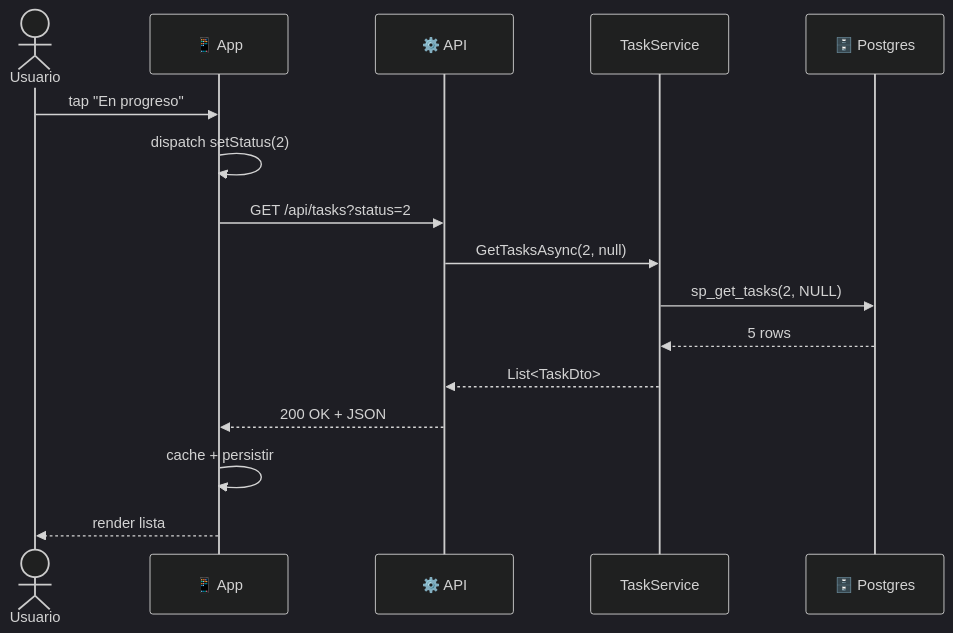
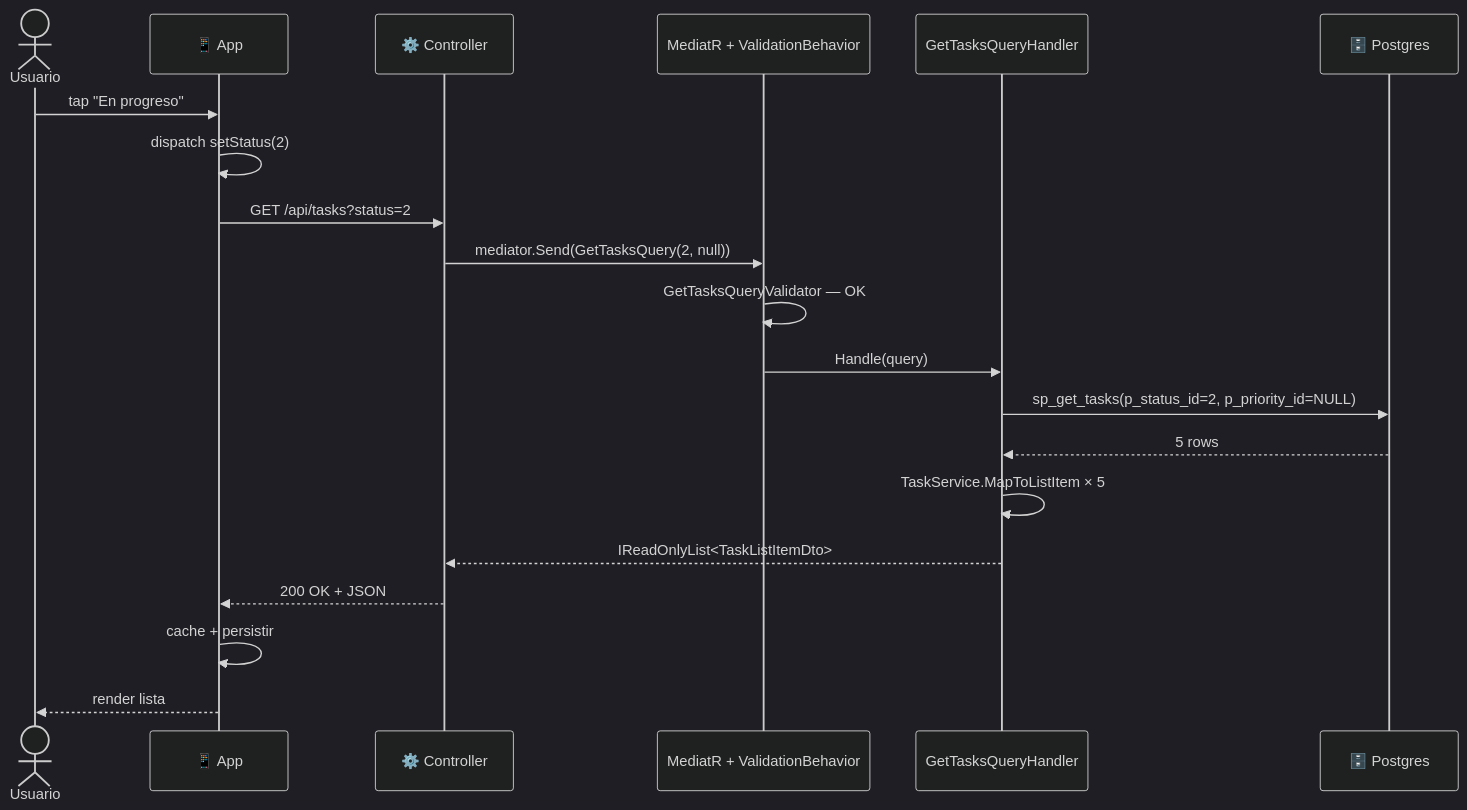
One commit to fabricioferiozzi96/task-manager-challenge changed the second of 4 diagrams in docs/communication.md. Above: the diagram before and after it, drawn with Mermaid (dark theme). The commit also changed other lines of this file and 5 other files, not shown here.

````diff
--- a/docs/communication.md
+++ b/docs/communication.md
@@ -13,19 +13,23 @@
 ```mermaid
 sequenceDiagram
     actor U as Usuario
     participant App as 📱 App
-    participant API as ⚙️ API
-    participant Svc as TaskService
+    participant API as ⚙️ Controller
+    participant MED as MediatR + ValidationBehavior
+    participant QH as GetTasksQueryHandler
     participant DB as 🗄️ Postgres
 
     U->>App: tap "En progreso"
     App->>App: dispatch setStatus(2)
     App->>API: GET /api/tasks?status=2
-    API->>Svc: GetTasksAsync(2, null)
-    Svc->>DB: sp_get_tasks(2, NULL)
-    DB-->>Svc: 5 rows
-    Svc-->>API: List<TaskDto>
+    API->>MED: mediator.Send(GetTasksQuery(2, null))
+    MED->>MED: GetTasksQueryValidator — OK
+    MED->>QH: Handle(query)
+    QH->>DB: sp_get_tasks(p_status_id=2, p_priority_id=NULL)
+    DB-->>QH: 5 rows
+    QH->>QH: TaskService.MapToListItem × 5
+    QH-->>API: IReadOnlyList<TaskListItemDto>
     API-->>App: 200 OK + JSON
     App->>App: cache + persistir
     App-->>U: render lista
 ```
````
